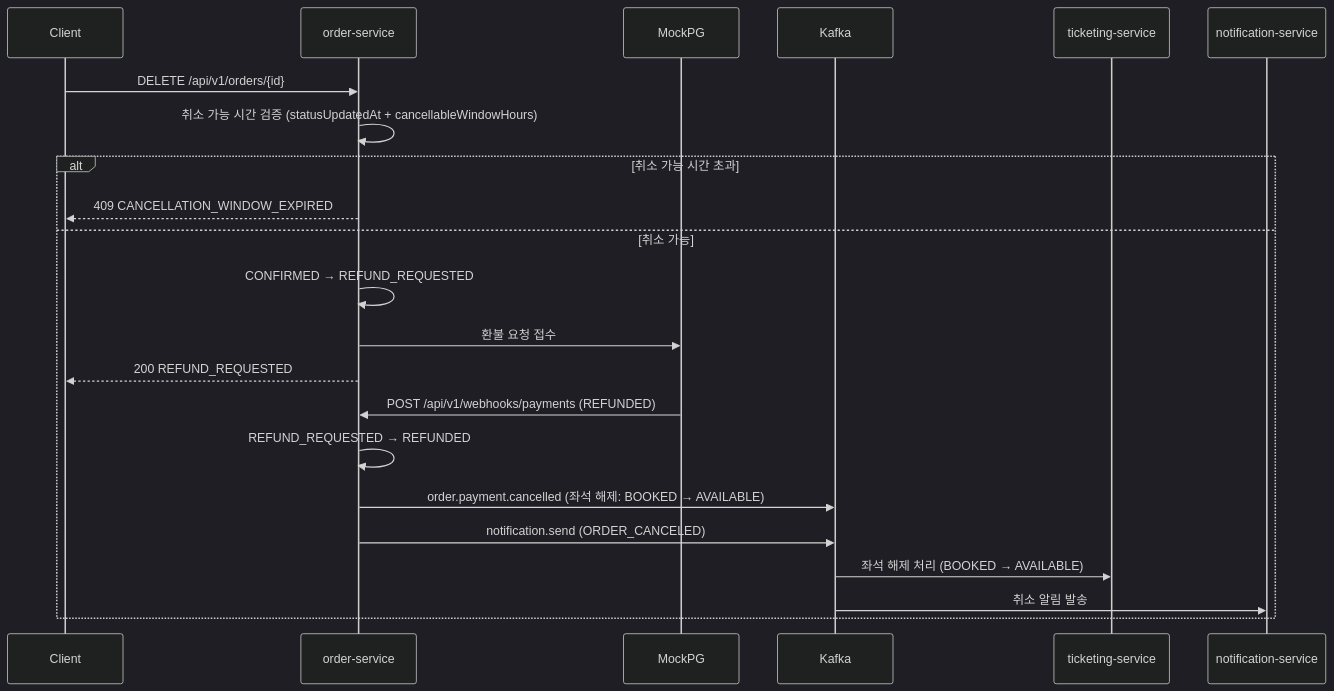
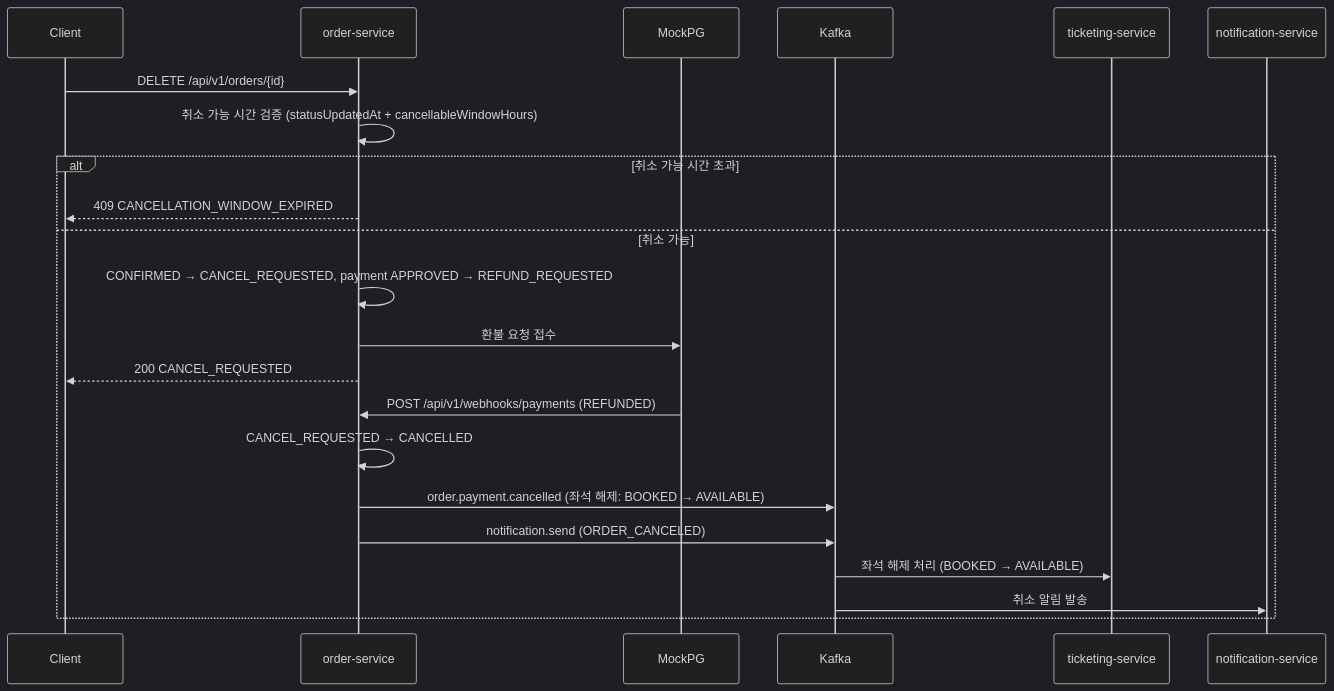
One commit to 6pm-sparta/6pm changed the fourth of 8 diagrams in docs/order-service/flows.md. Above: the diagram before and after it, drawn with Mermaid (dark theme). The commit also changed other lines of this file and 12 other files, not shown here.

````diff
--- a/docs/order-service/flows.md
+++ b/docs/order-service/flows.md
@@ -152,26 +153,26 @@
 ```mermaid
 sequenceDiagram
     participant C as Client
     participant O as order-service
     participant PG as MockPG
     participant K as Kafka
     participant T as ticketing-service
     participant N as notification-service
 
     C->>O: DELETE /api/v1/orders/{id}
     O->>O: 취소 가능 시간 검증 (statusUpdatedAt + cancellableWindowHours)
     alt 취소 가능 시간 초과
         O-->>C: 409 CANCELLATION_WINDOW_EXPIRED
     else 취소 가능
-        O->>O: CONFIRMED → REFUND_REQUESTED
+        O->>O: CONFIRMED → CANCEL_REQUESTED, payment APPROVED → REFUND_REQUESTED
         O->>PG: 환불 요청 접수
-        O-->>C: 200 REFUND_REQUESTED
+        O-->>C: 200 CANCEL_REQUESTED
 
         PG->>O: POST /api/v1/webhooks/payments (REFUNDED)
-        O->>O: REFUND_REQUESTED → REFUNDED
+        O->>O: CANCEL_REQUESTED → CANCELLED
         O->>K: order.payment.cancelled (좌석 해제: BOOKED → AVAILABLE)
         O->>K: notification.send (ORDER_CANCELED)
         K->>T: 좌석 해제 처리 (BOOKED → AVAILABLE)
         K->>N: 취소 알림 발송
     end
 ```
````
